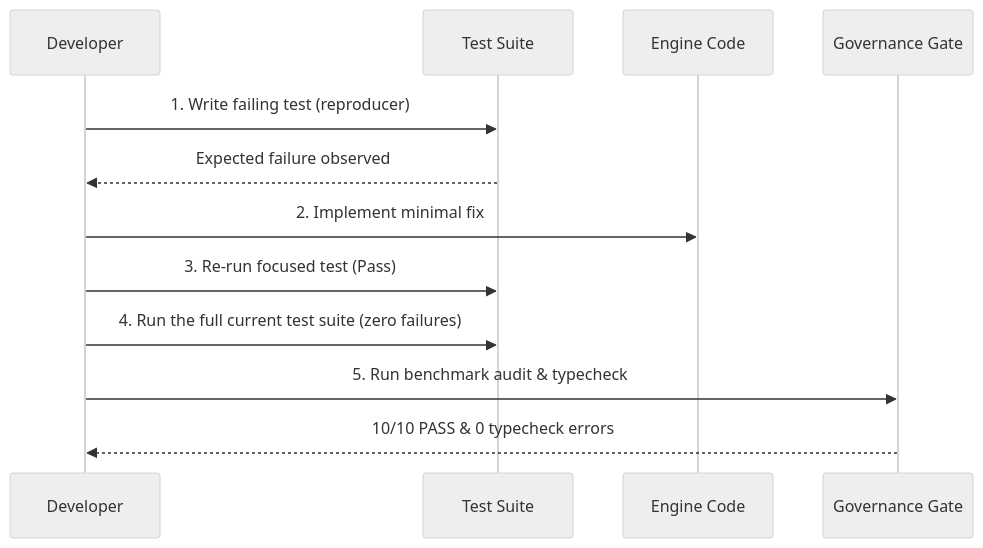
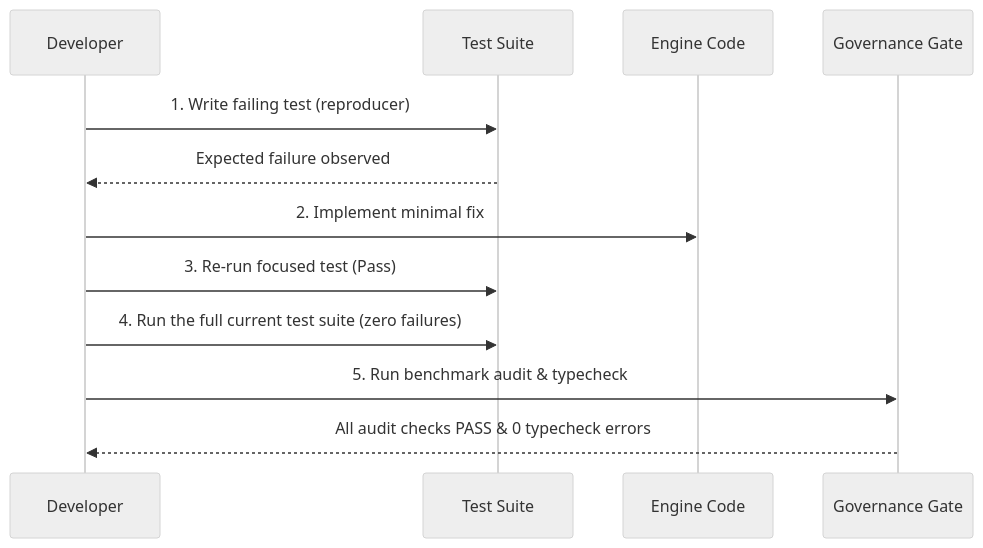
The diagram in docs/development/local-development.md (raitaskeen/LegacyExodus), drawn with Mermaid (neutral theme) before and after one commit. The commit also changed 8 other files, not shown here.

````diff
--- a/docs/development/local-development.md
+++ b/docs/development/local-development.md
@@ -64,15 +64,15 @@
 ```mermaid
 sequenceDiagram
     participant Dev as Developer
     participant Test as Test Suite
     participant Engine as Engine Code
     participant Gov as Governance Gate
 
     Dev->>Test: 1. Write failing test (reproducer)
     Test-->>Dev: Expected failure observed
     Dev->>Engine: 2. Implement minimal fix
     Dev->>Test: 3. Re-run focused test (Pass)
     Dev->>Test: 4. Run the full current test suite (zero failures)
     Dev->>Gov: 5. Run benchmark audit & typecheck
-    Gov-->>Dev: 10/10 PASS & 0 typecheck errors
+    Gov-->>Dev: All audit checks PASS & 0 typecheck errors
 ```
````
